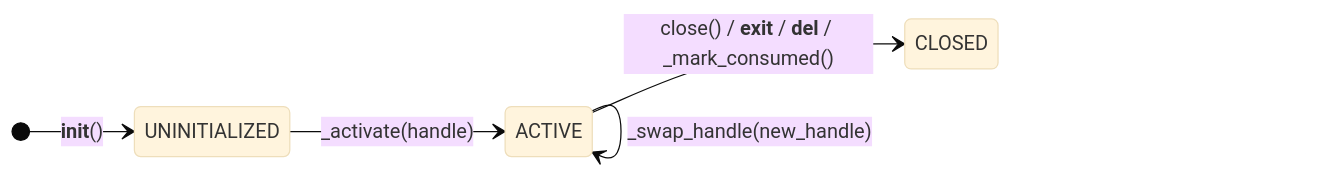
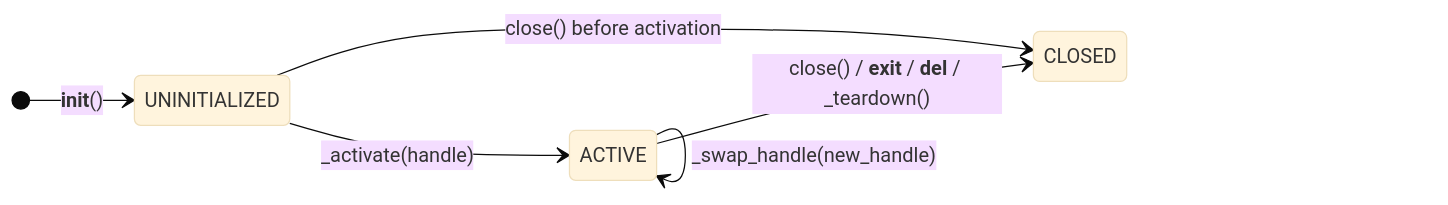
Before and after one commit to contentauth/c2pa-python: the second of 8 diagrams in docs/native-resources-management.md, drawn with Mermaid (base theme). The commit also changed other lines of this file and 1 other file, not shown here.

````diff
--- a/docs/native-resources-management.md
+++ b/docs/native-resources-management.md
@@ -123,8 +125,9 @@
 ```mermaid
 stateDiagram-v2
     direction LR
     [*] --> UNINITIALIZED : __init__()
     UNINITIALIZED --> ACTIVE : _activate(handle)
+    UNINITIALIZED --> CLOSED : close() before activation
     ACTIVE --> ACTIVE : _swap_handle(new_handle)
-    ACTIVE --> CLOSED : close() / __exit__ / __del__ / _mark_consumed()
+    ACTIVE --> CLOSED : close() / __exit__ / __del__ / _teardown()
 ```
````
